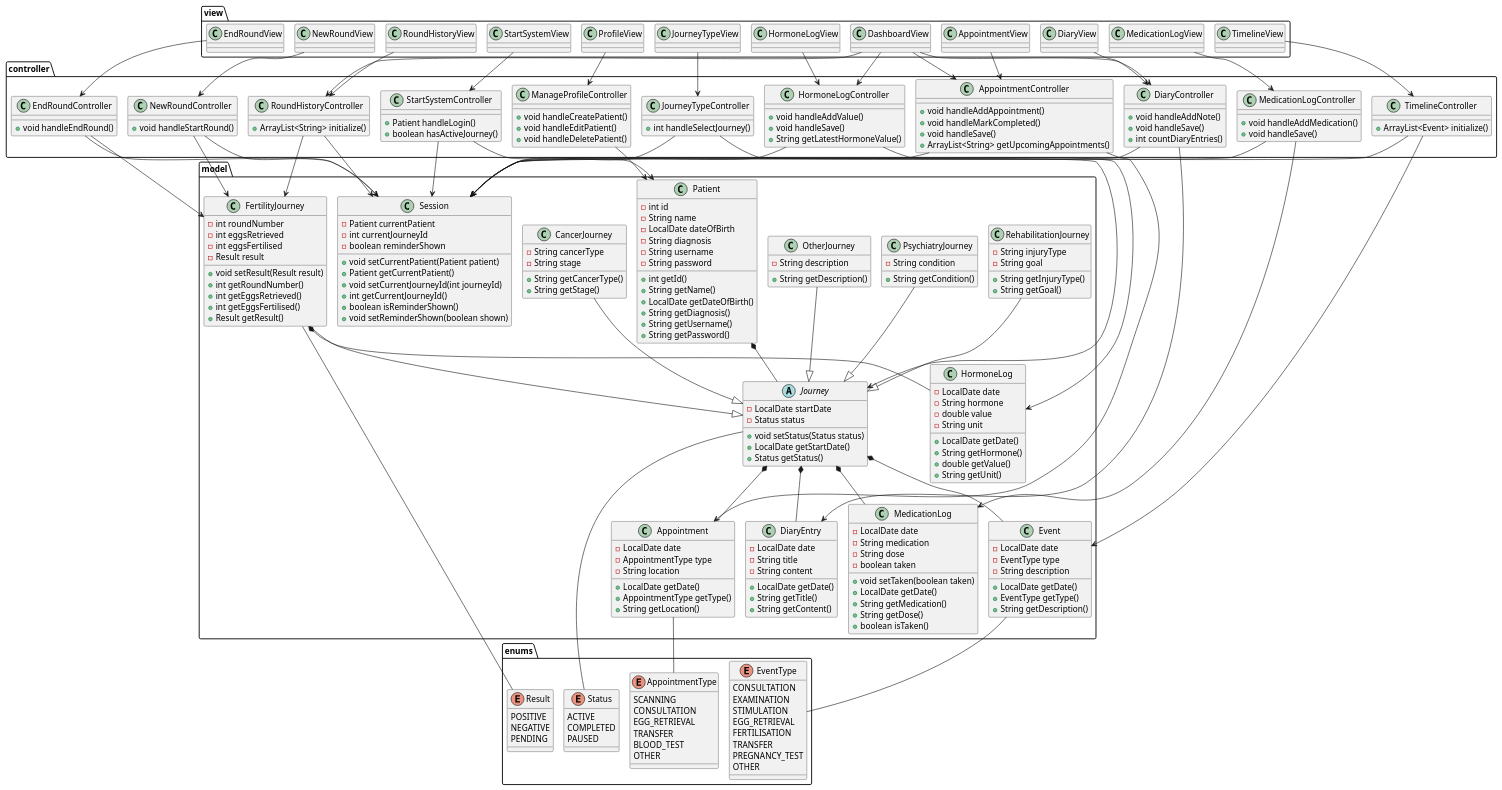
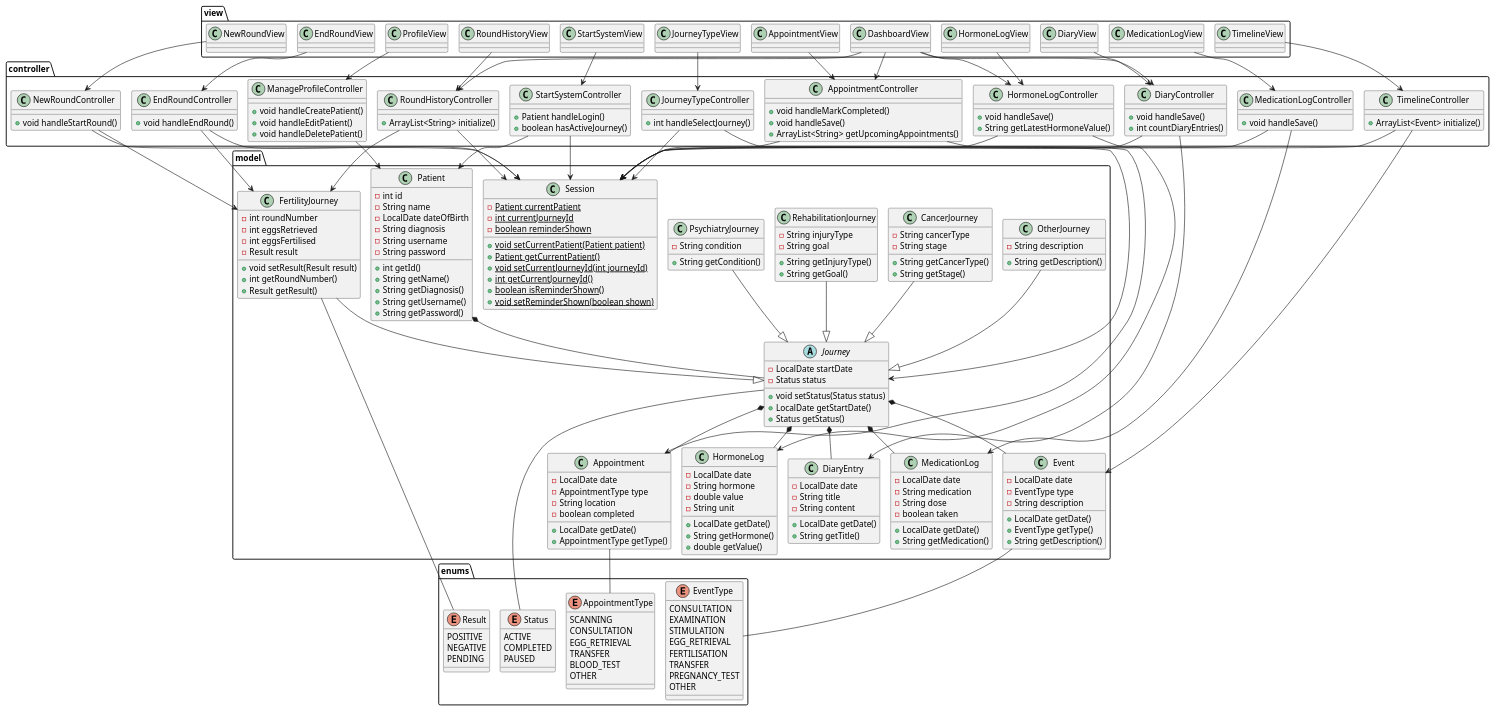
The diagram in doc/static/Klassediagram3.puml (BesimaP/SP4---MiniSP), drawn with PlantUML before and after one commit. The commit also changed 9 other files, not shown here.

Commit message:
klassediagram opdateret, domæne også

```diff
--- a/doc/static/Klassediagram3.puml
+++ b/doc/static/Klassediagram3.puml
@@ -19,22 +19,21 @@
     - String password
     + int getId()
     + String getName()
-    + LocalDate getDateOfBirth()
     + String getDiagnosis()
     + String getUsername()
     + String getPassword()
   }
 
   class Session {
-    - Patient currentPatient
-    - int currentJourneyId
-    - boolean reminderShown
-    + void setCurrentPatient(Patient patient)
-    + Patient getCurrentPatient()
-    + void setCurrentJourneyId(int journeyId)
-    + int getCurrentJourneyId()
-    + boolean isReminderShown()
-    + void setReminderShown(boolean shown)
+    - {static} Patient currentPatient
+    - {static} int currentJourneyId
+    - {static} boolean reminderShown
+    + {static} void setCurrentPatient(Patient patient)
+    + {static} Patient getCurrentPatient()
+    + {static} void setCurrentJourneyId(int journeyId)
+    + {static} int getCurrentJourneyId()
+    + {static} boolean isReminderShown()
+    + {static} void setReminderShown(boolean shown)
   }
 
   class FertilityJourney {
@@ -44,8 +43,6 @@
     - Result result
     + void setResult(Result result)
     + int getRoundNumber()
-    + int getEggsRetrieved()
-    + int getEggsFertilised()
     + Result getResult()
   }
 
@@ -86,9 +83,9 @@
     - LocalDate date
     - AppointmentType type
     - String location
+    - boolean completed
     + LocalDate getDate()
     + AppointmentType getType()
-    + String getLocation()
   }
 
   class MedicationLog {
@@ -96,11 +93,8 @@
     - String medication
     - String dose
     - boolean taken
-    + void setTaken(boolean taken)
     + LocalDate getDate()
     + String getMedication()
-    + String getDose()
-    + boolean isTaken()
   }
 
   class HormoneLog {
@@ -111,7 +105,6 @@
     + LocalDate getDate()
     + String getHormone()
     + double getValue()
-    + String getUnit()
   }
 
   class DiaryEntry {
@@ -120,7 +113,6 @@
     - String content
     + LocalDate getDate()
     + String getTitle()
-    + String getContent()
   }
 }
 
@@ -194,20 +186,17 @@
   }
 
   class AppointmentController {
-    + void handleAddAppointment()
     + void handleMarkCompleted()
     + void handleSave()
     + ArrayList<String> getUpcomingAppointments()
   }
 
   class HormoneLogController {
-    + void handleAddValue()
     + void handleSave()
     + String getLatestHormoneValue()
   }
 
   class MedicationLogController {
-    + void handleAddMedication()
     + void handleSave()
   }
 
@@ -216,7 +205,6 @@
   }
 
   class DiaryController {
-    + void handleAddNote()
     + void handleSave()
     + int countDiaryEntries()
   }
@@ -283,7 +271,7 @@
 Journey *-- Appointment
 Journey *-- MedicationLog
 Journey *-- DiaryEntry
-FertilityJourney *-- HormoneLog
+Journey *-- HormoneLog
 
 ' ENUMS
 Journey -- Status
```
